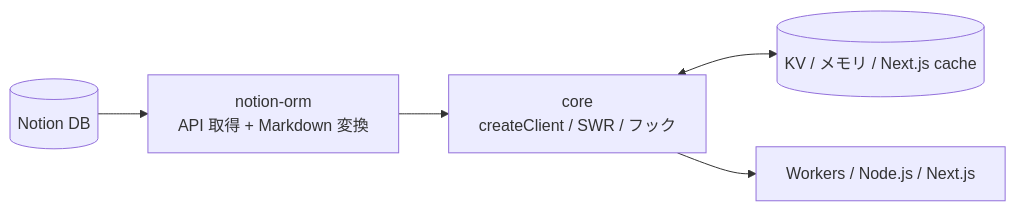
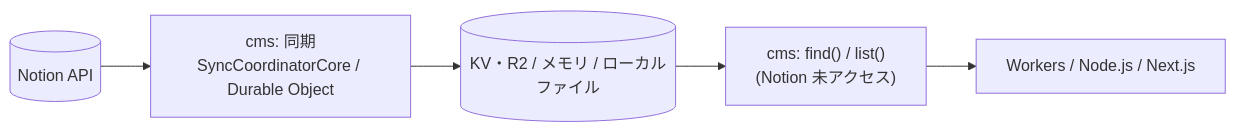
Before and after one commit to kjfsm/notion-headless-cms: the diagram in README.md, drawn with Mermaid. The commit also changed other lines of this file and 332 other files, not shown here.

````diff
--- a/README.md
+++ b/README.md
@@ -446,12 +422,11 @@
 ```mermaid
 flowchart LR
-  notion[(Notion DB)]
-  orm["notion-orm\nAPI 取得 + Markdown 変換"]
-  core["core\ncreateClient / SWR / フック"]
-  cache[(KV / メモリ / Next.js cache)]
+  notion[(Notion API)]
+  sync["cms: 同期\nSyncCoordinatorCore / Durable Object"]
+  stores[(KV・R2 / メモリ / ローカルファイル)]
+  query["cms: find() / list()\n(Notion 未アクセス)"]
   output["Workers / Node.js / Next.js"]
 
-  notion --> orm --> core
-  core <--> cache
-  core --> output
+  notion --> sync --> stores
+  stores --> query --> output
 ```
````
